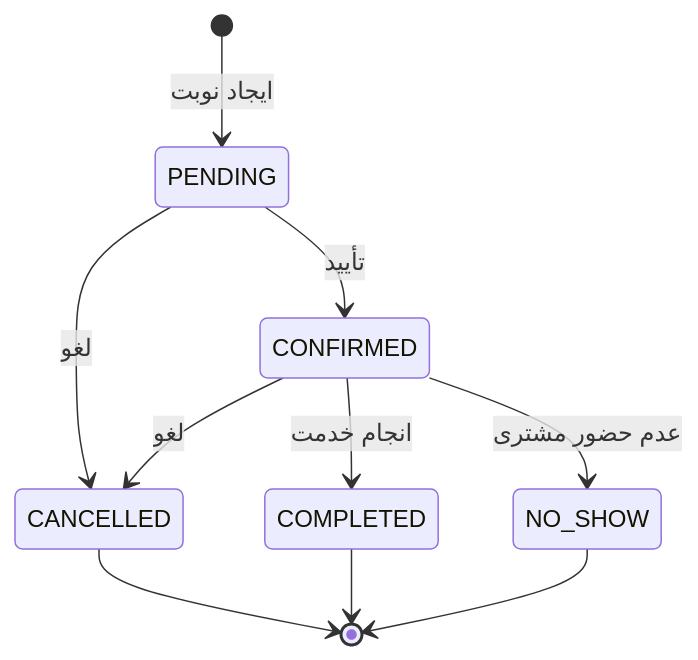
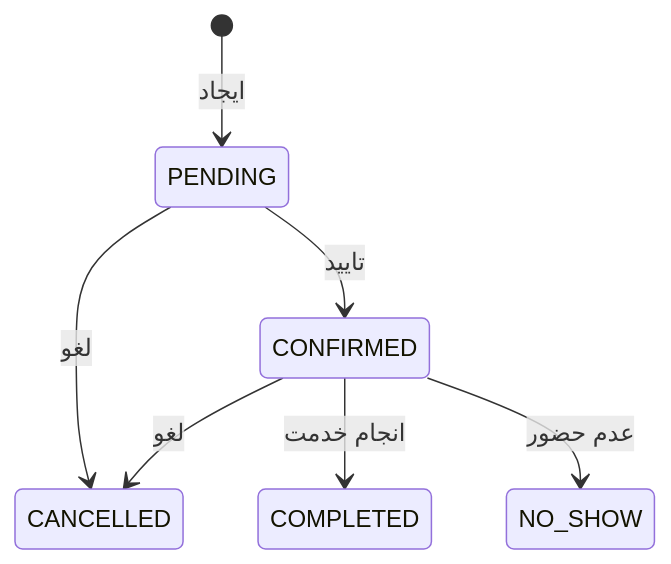
Before and after one commit to alimh17/barber-shop: the sixth of 8 diagrams in docs/system-flow.md, drawn with Mermaid. The commit also changed other lines of this file and 134 other files, not shown here.

````diff
--- a/docs/system-flow.md
+++ b/docs/system-flow.md
@@ -130,12 +141,9 @@
 ```mermaid
 stateDiagram-v2
-    [*] --> PENDING: ایجاد نوبت
-    PENDING --> CONFIRMED: تأیید
+    [*] --> PENDING: ایجاد
+    PENDING --> CONFIRMED: تایید
     PENDING --> CANCELLED: لغو
     CONFIRMED --> CANCELLED: لغو
     CONFIRMED --> COMPLETED: انجام خدمت
-    CONFIRMED --> NO_SHOW: عدم حضور مشتری
-    CANCELLED --> [*]
-    COMPLETED --> [*]
-    NO_SHOW --> [*]
+    CONFIRMED --> NO_SHOW: عدم حضور
 ```
````
